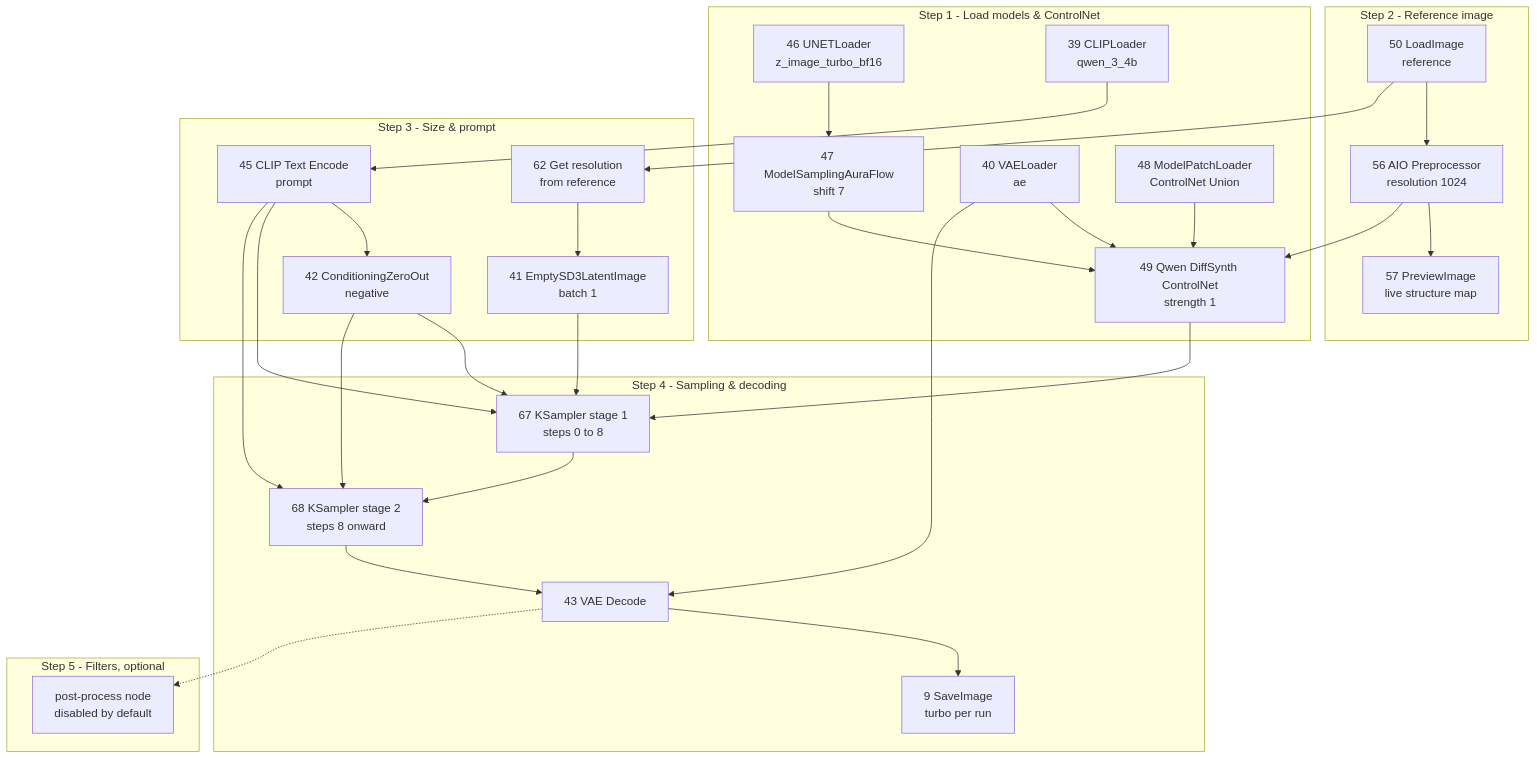
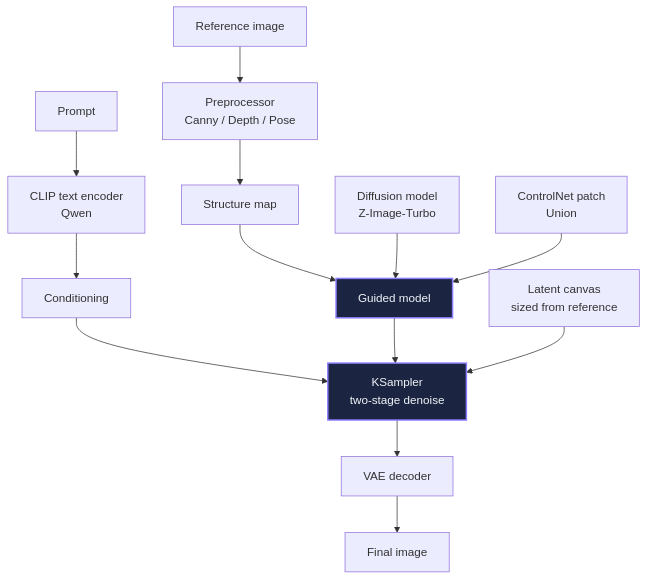
One commit to GS-Charan/turbo-controlnet-engine changed the second of 2 diagrams in README.md. Above: the diagram before and after it, drawn with Mermaid. The commit also changed other lines of this file, not shown here.

Commit message:
Docs: simplify workflow flow to one high-level diagram, remove mindmap

````diff
--- a/README.md
+++ b/README.md
@@ -131,47 +133,27 @@
 ```mermaid
-flowchart TD
-    subgraph S1["Step 1 - Load models & ControlNet"]
-        UNET["46 UNETLoader<br/>z_image_turbo_bf16"]
-        AURA["47 ModelSamplingAuraFlow<br/>shift 7"]
-        CLIPL["39 CLIPLoader<br/>qwen_3_4b"]
-        VAEL["40 VAELoader<br/>ae"]
-        MPATCH["48 ModelPatchLoader<br/>ControlNet Union"]
-        QCTRL["49 Qwen DiffSynth ControlNet<br/>strength 1"]
-        UNET --> AURA --> QCTRL
-        MPATCH --> QCTRL
-        VAEL --> QCTRL
-    end
-    subgraph S2["Step 2 - Reference image"]
-        LOAD["50 LoadImage<br/>reference"]
-        AIO["56 AIO Preprocessor<br/>resolution 1024"]
-        PREV["57 PreviewImage<br/>live structure map"]
-        LOAD --> AIO --> PREV
-        AIO --> QCTRL
-    end
-    subgraph S3["Step 3 - Size & prompt"]
-        GETR["62 Get resolution<br/>from reference"]
-        LAT["41 EmptySD3LatentImage<br/>batch 1"]
-        PROMPT["45 CLIP Text Encode<br/>prompt"]
-        NEG["42 ConditioningZeroOut<br/>negative"]
-        LOAD --> GETR --> LAT
-        CLIPL --> PROMPT
-        PROMPT --> NEG
-    end
-    subgraph S4["Step 4 - Sampling & decoding"]
-        K1["67 KSampler stage 1<br/>steps 0 to 8"]
-        K2["68 KSampler stage 2<br/>steps 8 onward"]
-        DEC["43 VAE Decode"]
-        SAVE["9 SaveImage<br/>turbo per run"]
-        QCTRL --> K1 --> K2 --> DEC --> SAVE
-        VAEL --> DEC
-        PROMPT --> K1
-        PROMPT --> K2
-        NEG --> K1
-        NEG --> K2
-        LAT --> K1
-    end
-    subgraph S5["Step 5 - Filters, optional"]
-        FILT["post-process node<br/>disabled by default"]
-        DEC -.-> FILT
-    end
+flowchart TB
+    REF["Reference image"]
+    PRE["Preprocessor<br/>Canny / Depth / Pose"]
+    SMAP["Structure map"]
+    PRMPT["Prompt"]
+    CLIPX["CLIP text encoder<br/>Qwen"]
+    COND["Conditioning"]
+    UNETX["Diffusion model<br/>Z-Image-Turbo"]
+    CNET["ControlNet patch<br/>Union"]
+    GMODEL["Guided model"]
+    LATENT["Latent canvas<br/>sized from reference"]
+    KSAMP["KSampler<br/>two-stage denoise"]
+    VAED["VAE decoder"]
+    FINAL["Final image"]
+
+    REF --> PRE --> SMAP --> GMODEL
+    PRMPT --> CLIPX --> COND --> KSAMP
+    UNETX --> GMODEL
+    CNET --> GMODEL
+    GMODEL --> KSAMP
+    LATENT --> KSAMP
+    KSAMP --> VAED --> FINAL
+
+    classDef big fill:#1b2440,stroke:#8b7cff,stroke-width:2px,color:#f1f5f9;
+    class GMODEL,KSAMP big;
 ```
````
